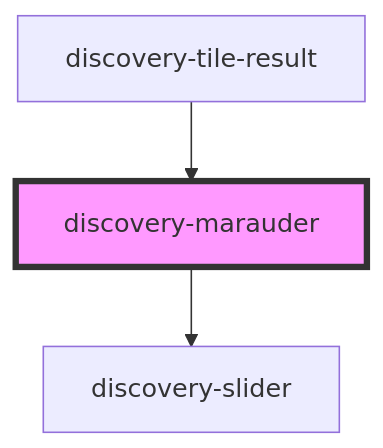
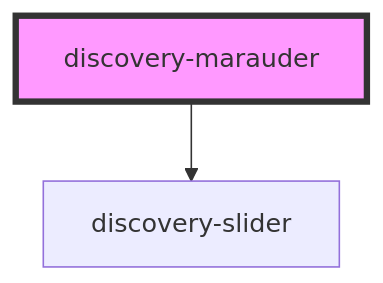
One commit to senx/discovery-widgets changed the diagram in src/components/discovery-marauder/readme.md. Above: the diagram before and after it, drawn with Mermaid. The commit also changed other lines of this file and 17 other files, not shown here.

````diff
--- a/src/components/discovery-marauder/readme.md
+++ b/src/components/discovery-marauder/readme.md
@@ -63,6 +59,5 @@
 ```mermaid
 graph TD;
   discovery-marauder --> discovery-slider
-  discovery-tile-result --> discovery-marauder
   style discovery-marauder fill:#f9f,stroke:#333,stroke-width:4px
 ```
````
